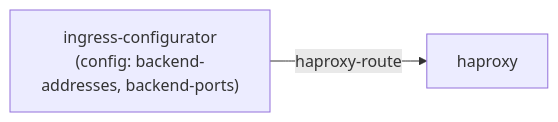
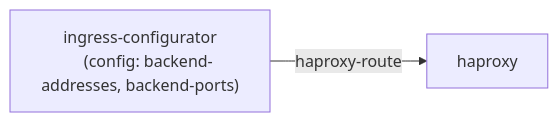
One commit to canonical/ingress-configurator-operator changed the first of 3 diagrams in docs/explanation/modes-of-operation.md. Above: the diagram before and after it, drawn with Mermaid.

````diff
--- a/docs/explanation/modes-of-operation.md
+++ b/docs/explanation/modes-of-operation.md
@@ -33,5 +33,6 @@
 ```{mermaid}
 flowchart LR
-    ic["ingress-configurator\n(config: backend-addresses, backend-ports)"]
+    ic["ingress-configurator
+    (config: backend-addresses, backend-ports)"]
     ic -- haproxy-route --> haproxy
 ```
````
